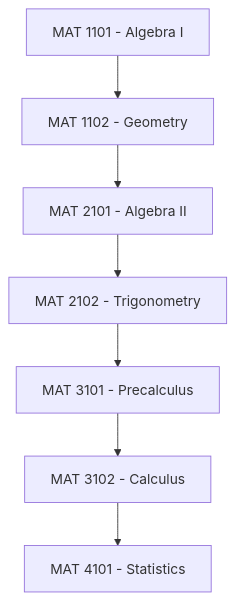
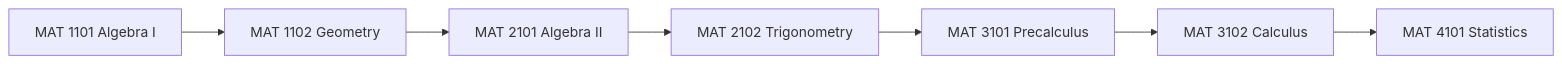
The ninth of 29 diagrams in RIAH-PATHWAY-CURRICULUM-STRUCTURE/RIAH-PATHWAY-HIGH-SCHOOL-STRUCTURE/HIGH-SCHOOL-STRUCTURE.md (RIAHPathway/Website-Draft), drawn with Mermaid before and after one commit. The commit also changed other lines of this file, not shown here.

Commit message:
Match High School Mermaid diagrams to repository working syntax

````diff
--- a/RIAH-PATHWAY-CURRICULUM-STRUCTURE/RIAH-PATHWAY-HIGH-SCHOOL-STRUCTURE/HIGH-SCHOOL-STRUCTURE.md
+++ b/RIAH-PATHWAY-CURRICULUM-STRUCTURE/RIAH-PATHWAY-HIGH-SCHOOL-STRUCTURE/HIGH-SCHOOL-STRUCTURE.md
@@ -537,9 +537,9 @@
 ```mermaid
-graph TD;
-    N0["MAT 1101 - Algebra I"] --> N1["MAT 1102 - Geometry"];
-    N1["MAT 1102 - Geometry"] --> N2["MAT 2101 - Algebra II"];
-    N2["MAT 2101 - Algebra II"] --> N3["MAT 2102 - Trigonometry"];
-    N3["MAT 2102 - Trigonometry"] --> N4["MAT 3101 - Precalculus"];
-    N4["MAT 3101 - Precalculus"] --> N5["MAT 3102 - Calculus"];
-    N5["MAT 3102 - Calculus"] --> N6["MAT 4101 - Statistics"];
+graph LR
+    N0["MAT 1101 Algebra I"] --> N1["MAT 1102 Geometry"]
+    N1["MAT 1102 Geometry"] --> N2["MAT 2101 Algebra II"]
+    N2["MAT 2101 Algebra II"] --> N3["MAT 2102 Trigonometry"]
+    N3["MAT 2102 Trigonometry"] --> N4["MAT 3101 Precalculus"]
+    N4["MAT 3101 Precalculus"] --> N5["MAT 3102 Calculus"]
+    N5["MAT 3102 Calculus"] --> N6["MAT 4101 Statistics"]
 ```
````
